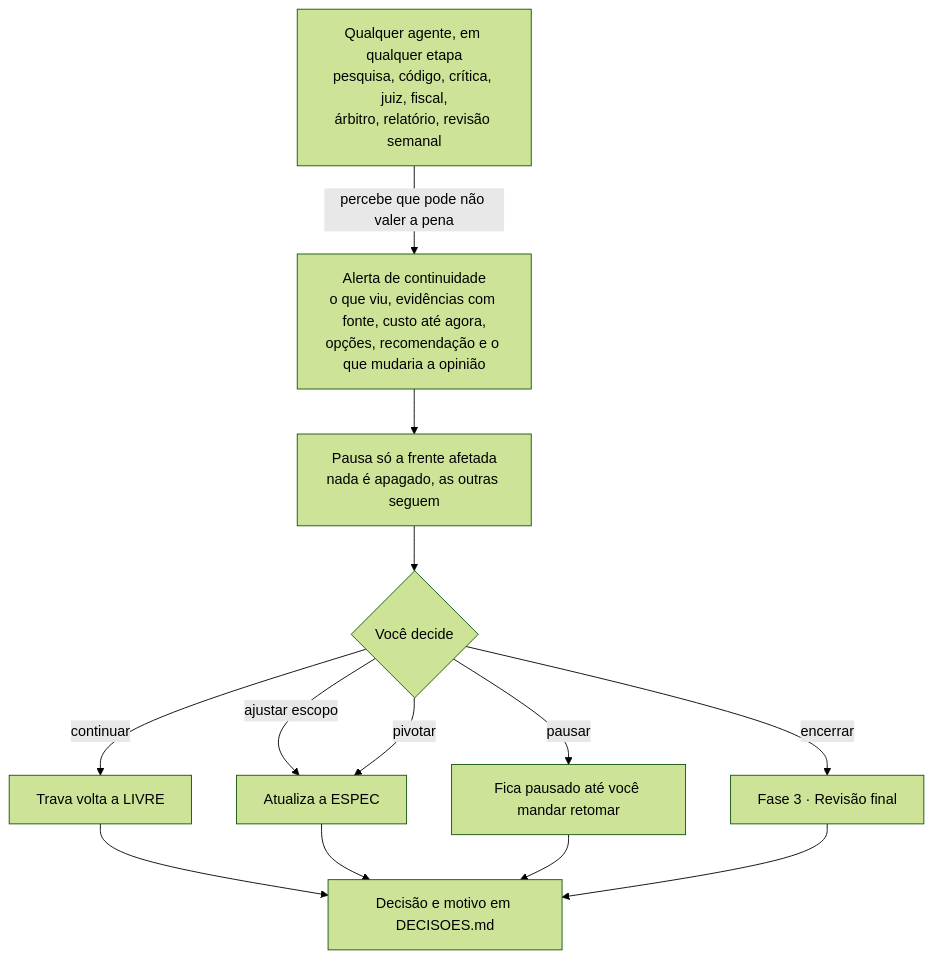
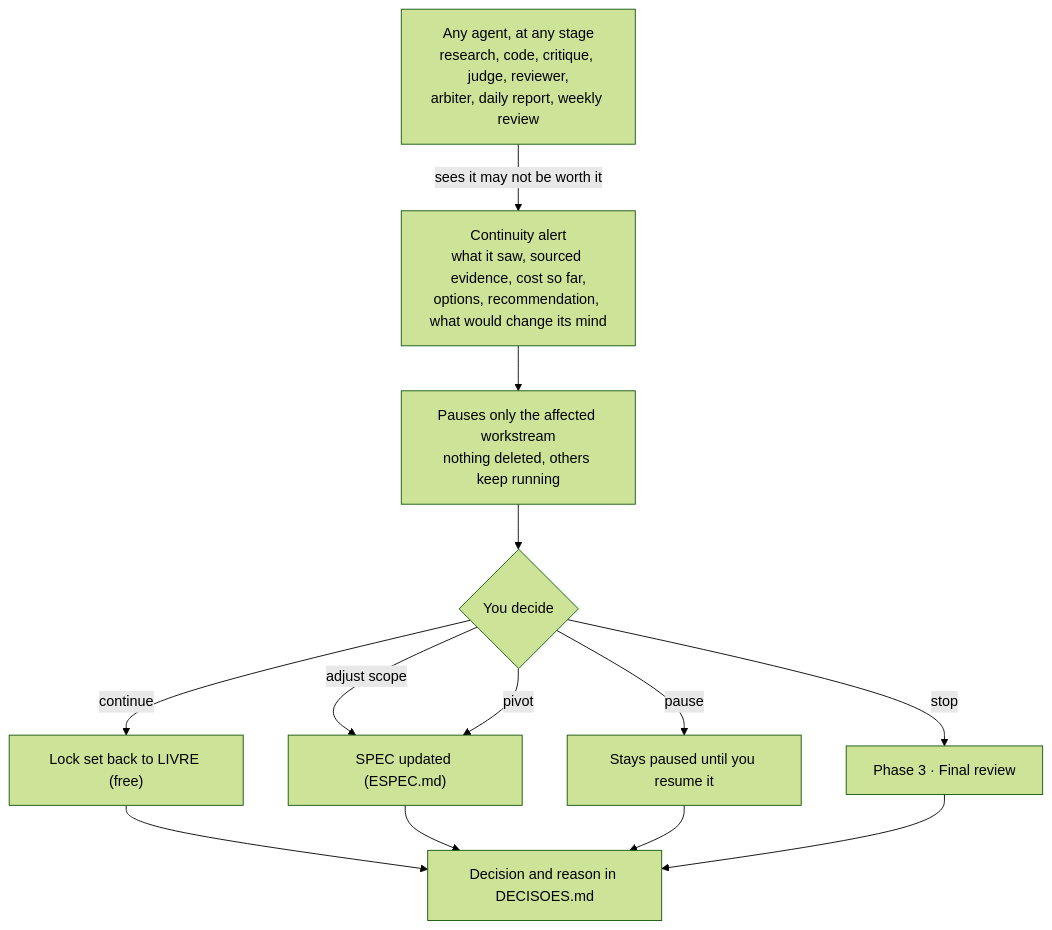
One commit to souzaeliasrafael/agent-architecture-skill changed the second of 3 diagrams in README.md. Above: the diagram before and after it, drawn with Mermaid (forest theme). The commit also changed other lines of this file and 12 other files, not shown here.

First line of the commit message:
Translate flowcharts to English

````diff
--- a/README.md
+++ b/README.md
@@ -55,15 +55,15 @@
 ```mermaid
 flowchart TD
-    QUALQ["Qualquer agente, em qualquer etapa<br/>pesquisa, código, crítica, juiz, fiscal,<br/>árbitro, relatório, revisão semanal"] -->|"percebe que pode não valer a pena"| AL["Alerta de continuidade<br/>o que viu, evidências com fonte, custo até agora,<br/>opções, recomendação e o que mudaria a opinião"]
-    AL --> PAU["Pausa só a frente afetada<br/>nada é apagado, as outras seguem"]
-    PAU --> USU{"Você decide"}
-    USU -->|continuar| VOLTA["Trava volta a LIVRE"]
-    USU -->|ajustar escopo| ESPEC["Atualiza a ESPEC"]
-    USU -->|pivotar| ESPEC
-    USU -->|pausar| PAUSADO["Fica pausado até você mandar retomar"]
-    USU -->|encerrar| F3["Fase 3 · Revisão final"]
-    VOLTA --> REG["Decisão e motivo em DECISOES.md"]
-    ESPEC --> REG
-    PAUSADO --> REG
-    F3 --> REG
+    ANY["Any agent, at any stage<br/>research, code, critique, judge, reviewer,<br/>arbiter, daily report, weekly review"] -->|"sees it may not be worth it"| AL["Continuity alert<br/>what it saw, sourced evidence, cost so far,<br/>options, recommendation, what would change its mind"]
+    AL --> PAU["Pauses only the affected workstream<br/>nothing deleted, others keep running"]
+    PAU --> USR{"You decide"}
+    USR -->|continue| BACK["Lock set back to LIVRE (free)"]
+    USR -->|adjust scope| SPEC["SPEC updated (ESPEC.md)"]
+    USR -->|pivot| SPEC
+    USR -->|pause| PAUSED["Stays paused until you resume it"]
+    USR -->|stop| F3["Phase 3 · Final review"]
+    BACK --> LOG["Decision and reason in DECISOES.md"]
+    SPEC --> LOG
+    PAUSED --> LOG
+    F3 --> LOG
 ```
````
